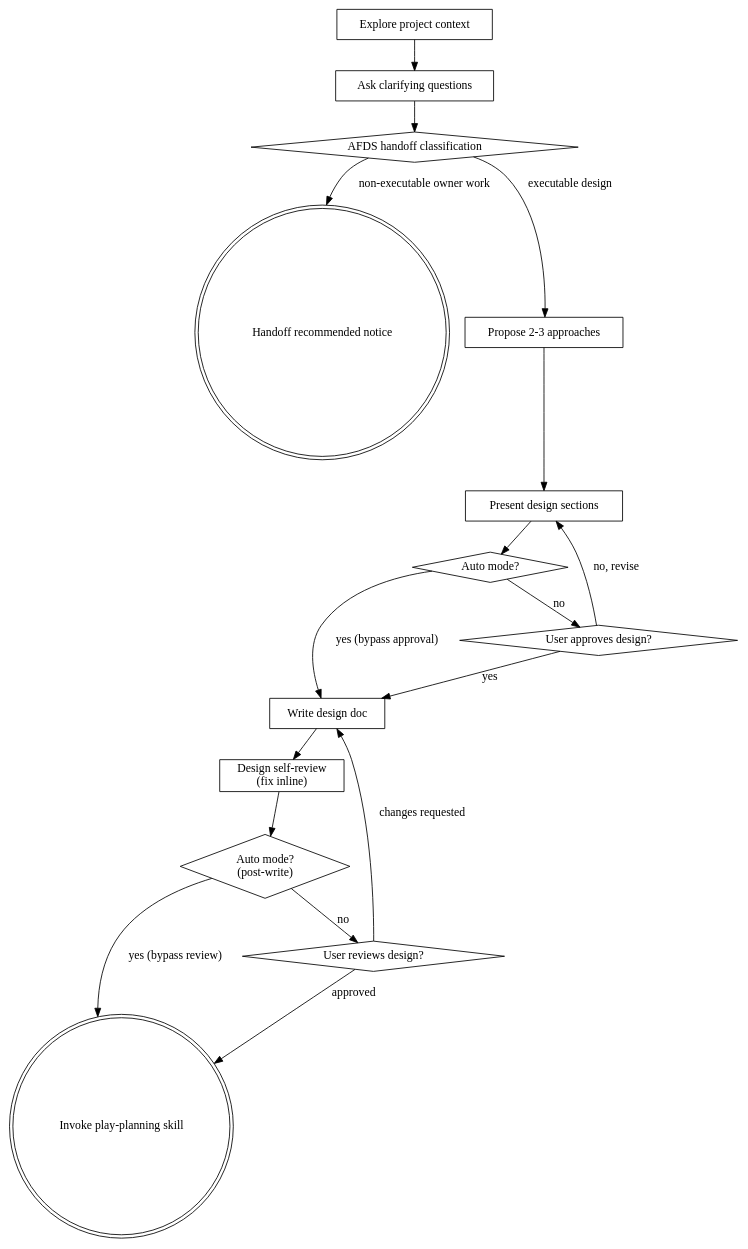
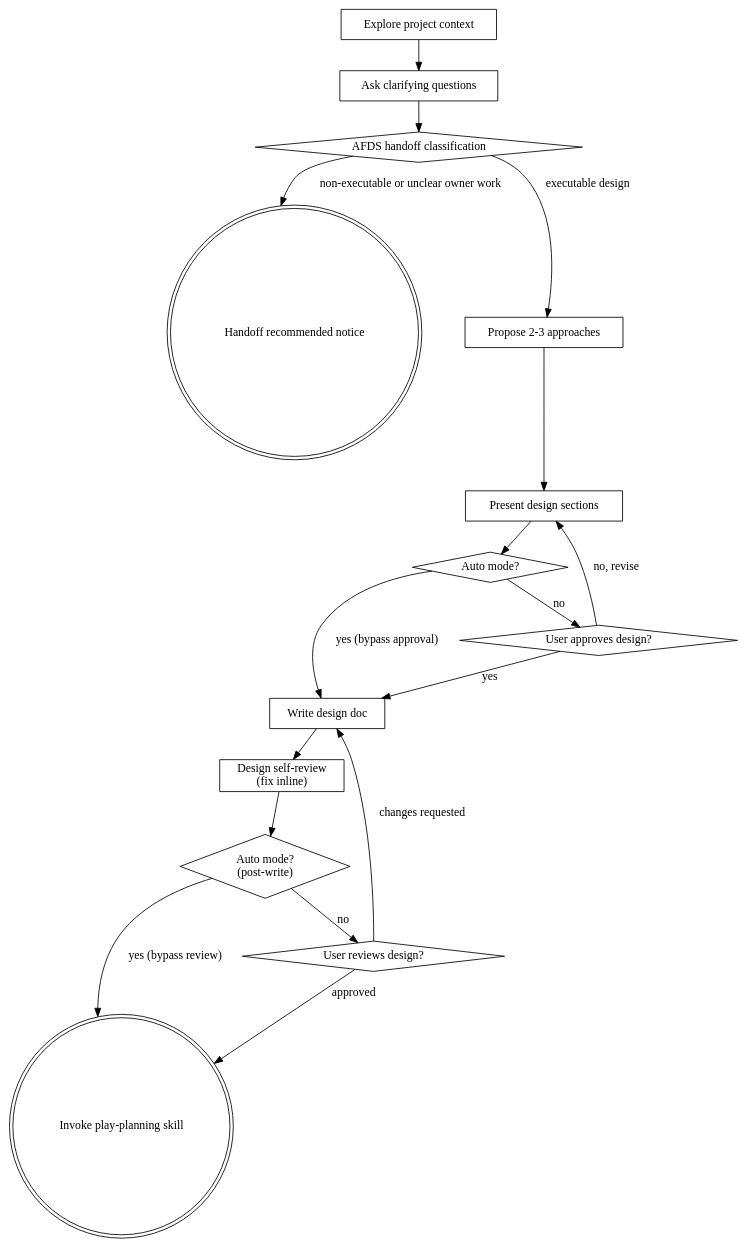
The diagram in skills/play-brainstorm/SKILL.md (ryumiel/devcanon), drawn with Graphviz before and after one commit. The commit also changed other lines of this file, not shown here.

Commit message:
docs(skills): keep clear owner updates executable

````diff
--- a/skills/play-brainstorm/SKILL.md
+++ b/skills/play-brainstorm/SKILL.md
@@ -133,34 +133,34 @@
 ```dot
 digraph brainstorming {
     "Explore project context" [shape=box];
     "AFDS handoff classification" [shape=diamond];
     "Handoff recommended notice" [shape=doublecircle];
     "Ask clarifying questions" [shape=box];
     "Propose 2-3 approaches" [shape=box];
     "Present design sections" [shape=box];
     "Auto mode?" [shape=diamond];
     "User approves design?" [shape=diamond];
     "Write design doc" [shape=box];
     "Design self-review\n(fix inline)" [shape=box];
     "Auto mode?\n(post-write)" [shape=diamond];
     "User reviews design?" [shape=diamond];
     "Invoke play-planning skill" [shape=doublecircle];
 
     "Explore project context" -> "Ask clarifying questions";
     "Ask clarifying questions" -> "AFDS handoff classification";
-    "AFDS handoff classification" -> "Handoff recommended notice" [label="non-executable owner work"];
+    "AFDS handoff classification" -> "Handoff recommended notice" [label="non-executable or unclear owner work"];
     "AFDS handoff classification" -> "Propose 2-3 approaches" [label="executable design"];
     "Propose 2-3 approaches" -> "Present design sections";
     "Present design sections" -> "Auto mode?";
     "Auto mode?" -> "Write design doc" [label="yes (bypass approval)"];
     "Auto mode?" -> "User approves design?" [label="no"];
     "User approves design?" -> "Present design sections" [label="no, revise"];
     "User approves design?" -> "Write design doc" [label="yes"];
     "Write design doc" -> "Design self-review\n(fix inline)";
     "Design self-review\n(fix inline)" -> "Auto mode?\n(post-write)";
     "Auto mode?\n(post-write)" -> "Invoke play-planning skill" [label="yes (bypass review)"];
     "Auto mode?\n(post-write)" -> "User reviews design?" [label="no"];
     "User reviews design?" -> "Write design doc" [label="changes requested"];
     "User reviews design?" -> "Invoke play-planning skill" [label="approved"];
 }
 ```
````
